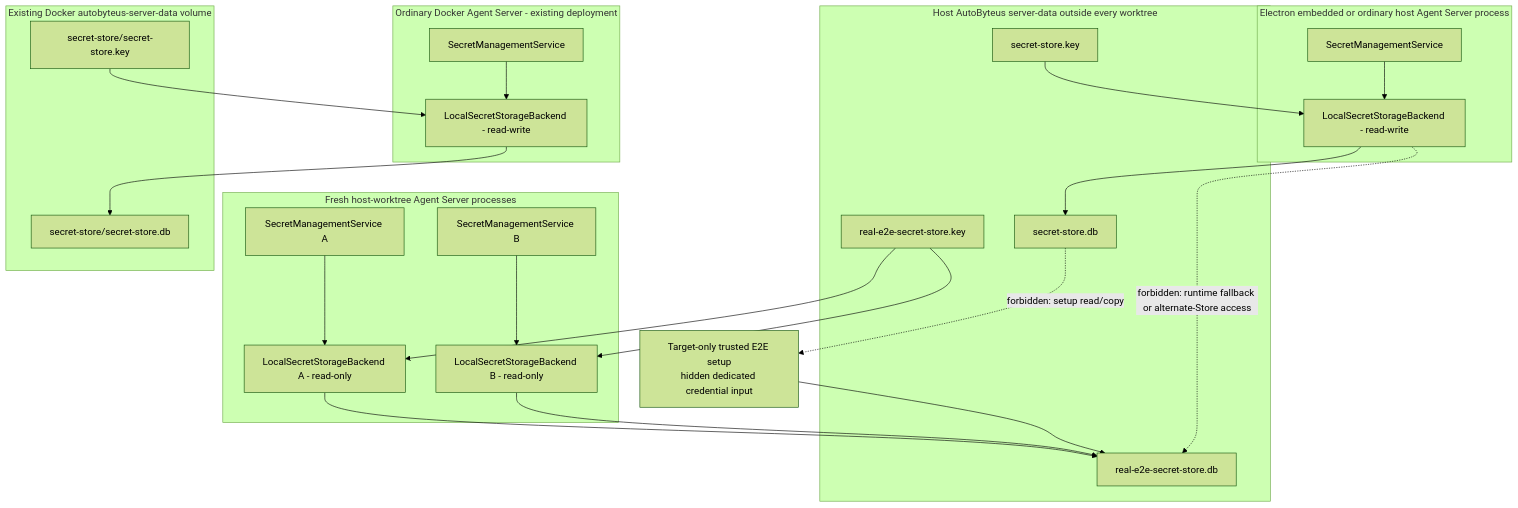
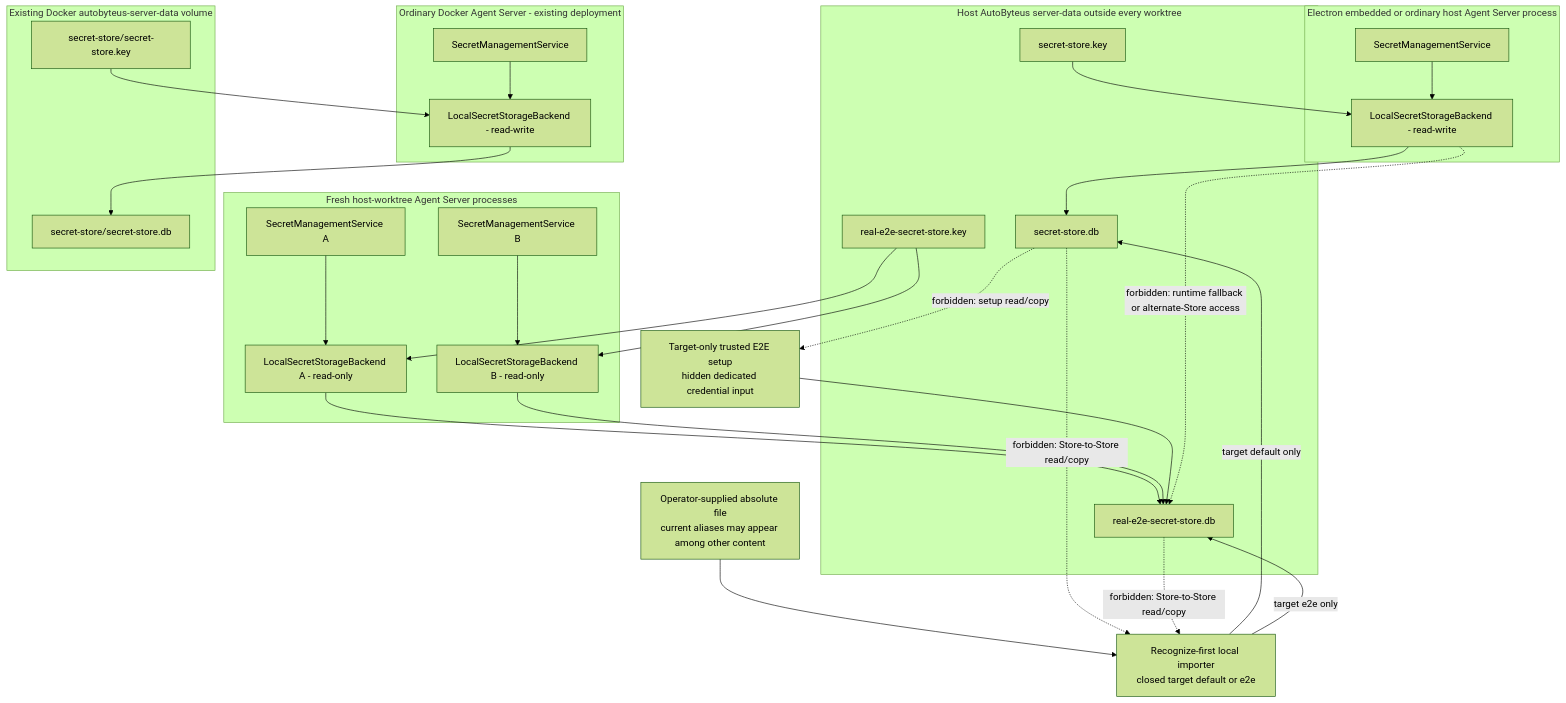
Before and after one commit to AutoByteus/autobyteus-workspace: the fifth of 20 diagrams in tickets/in-progress/secure-centralized-secret-provisioning/secret-storage-architecture.md, drawn with Mermaid (forest theme). The commit also changed other lines of this file and 86 other files, not shown here.

````diff
--- a/tickets/in-progress/secure-centralized-secret-provisioning/secret-storage-architecture.md
+++ b/tickets/in-progress/secure-centralized-secret-provisioning/secret-storage-architecture.md
@@ -191,48 +204,53 @@
 ```mermaid
 flowchart TB
   subgraph DefaultServer["Electron embedded or ordinary host Agent Server process"]
     DefaultManager["SecretManagementService"]
     DefaultBackend["LocalSecretStorageBackend - read-write"]
     DefaultManager --> DefaultBackend
   end
 
   subgraph DockerServer["Ordinary Docker Agent Server - existing deployment"]
     DockerManager["SecretManagementService"]
     DockerBackend["LocalSecretStorageBackend - read-write"]
     DockerManager --> DockerBackend
   end
 
   subgraph E2EServers["Fresh host-worktree Agent Server processes"]
     E2EManagerA["SecretManagementService A"]
     E2EBackendA["LocalSecretStorageBackend A - read-only"]
     E2EManagerB["SecretManagementService B"]
     E2EBackendB["LocalSecretStorageBackend B - read-only"]
     E2EManagerA --> E2EBackendA
     E2EManagerB --> E2EBackendB
   end
 
   subgraph Files["Host AutoByteus server-data outside every worktree"]
     DefaultDb["secret-store.db"]
     DefaultKey["secret-store.key"]
     E2EDb["real-e2e-secret-store.db"]
     E2EKey["real-e2e-secret-store.key"]
   end
 
   subgraph DockerData["Existing Docker autobyteus-server-data volume"]
     DockerDb["secret-store/secret-store.db"]
     DockerKey["secret-store/secret-store.key"]
   end
 
   DefaultBackend --> DefaultDb
   DefaultKey --> DefaultBackend
   DockerBackend --> DockerDb
   DockerKey --> DockerBackend
   E2EBackendA --> E2EDb
   E2EKey --> E2EBackendA
   E2EBackendB --> E2EDb
   E2EKey --> E2EBackendB
 
   E2ESetup["Target-only trusted E2E setup\nhidden dedicated credential input"] --> E2EDb
+  ExplicitSource["Operator-supplied absolute file\ncurrent aliases may appear among other content"] --> Importer["Recognize-first local importer\nclosed target default or e2e"]
+  Importer -->|"target default only"| DefaultDb
+  Importer -->|"target e2e only"| E2EDb
   DefaultBackend -. "forbidden: runtime fallback or alternate-Store access" .-> E2EDb
   DefaultDb -. "forbidden: setup read/copy" .-> E2ESetup
+  DefaultDb -. "forbidden: Store-to-Store read/copy" .-> Importer
+  E2EDb -. "forbidden: Store-to-Store read/copy" .-> Importer
 ```
````
